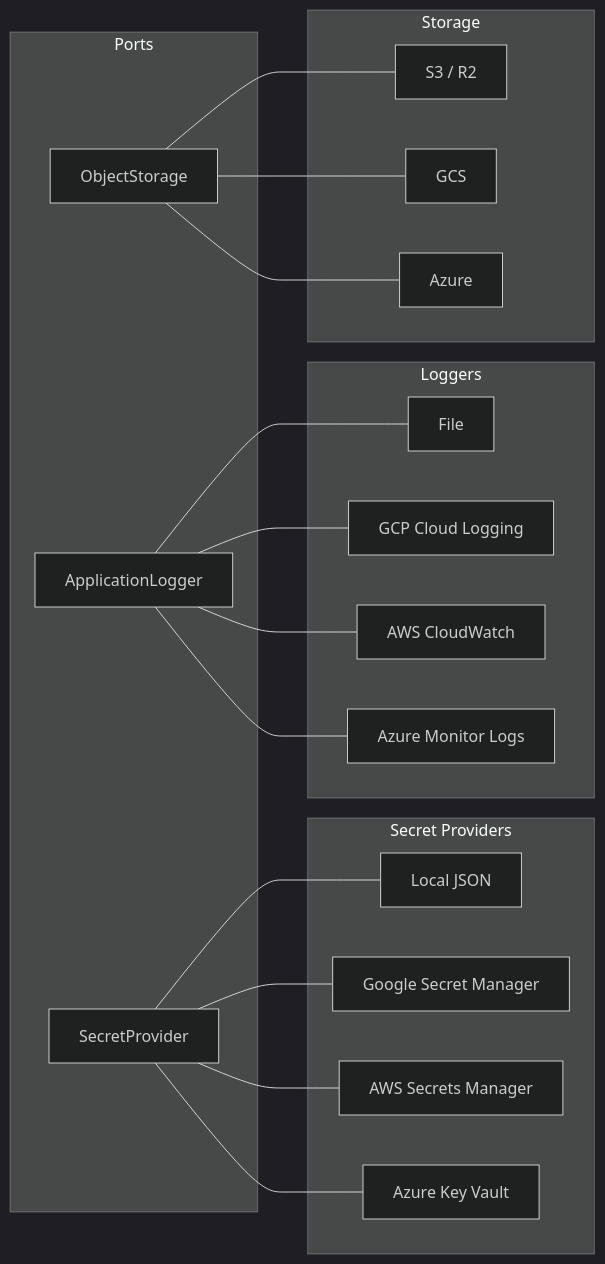
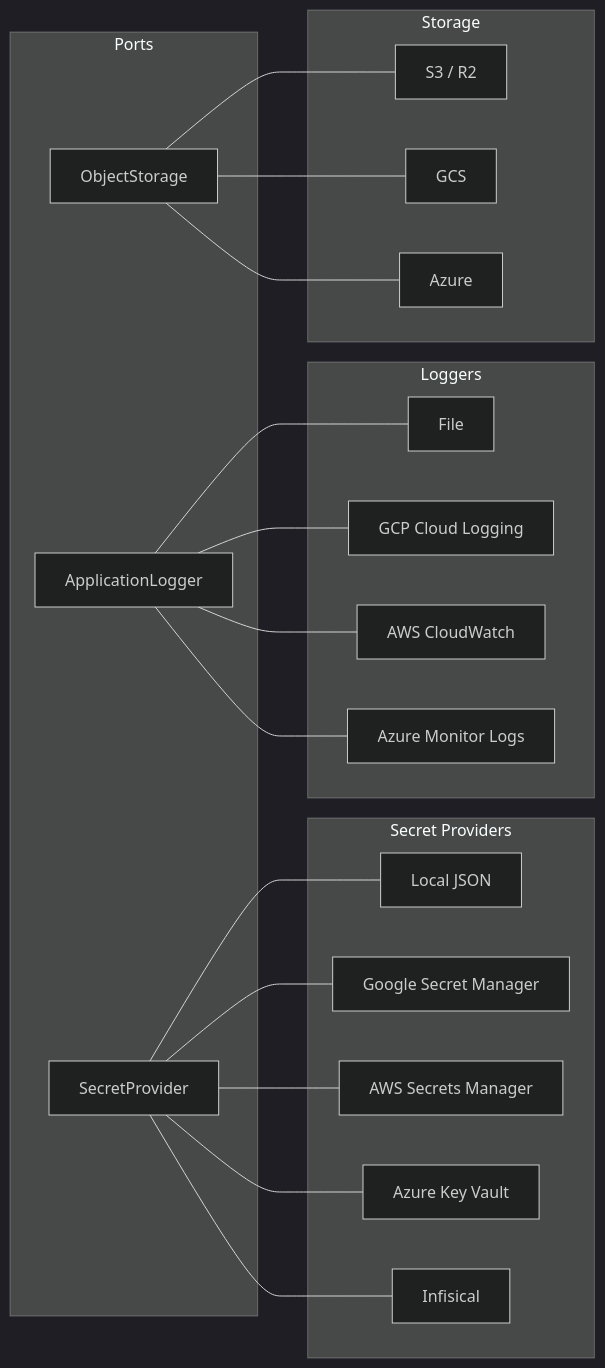
One commit to nauticana/keel changed the second of 12 diagrams in README.md. Above: the diagram before and after it, drawn with Mermaid (dark theme). The commit also changed other lines of this file and 7 other files, not shown here.

````diff
--- a/README.md
+++ b/README.md
@@ -1327,40 +1327,42 @@
 ```mermaid
 graph LR
     subgraph Ports
         SP[SecretProvider]
         LOG[ApplicationLogger]
         STORE[ObjectStorage]
     end
 
     subgraph "Secret Providers"
         SL[Local JSON]
         SG[Google Secret Manager]
         SA[AWS Secrets Manager]
         SAZ[Azure Key Vault]
+        SI[Infisical]
     end
 
     subgraph Loggers
         LF[File]
         LG[GCP Cloud Logging]
         LA[AWS CloudWatch]
         LAZ[Azure Monitor Logs]
     end
 
     subgraph Storage
         S3[S3 / R2]
         GCS
         Azure
     end
 
     SP --- SL
     SP --- SG
     SP --- SA
     SP --- SAZ
+    SP --- SI
     LOG --- LF
     LOG --- LG
     LOG --- LA
     LOG --- LAZ
     STORE --- S3
     STORE --- GCS
     STORE --- Azure
 ```
````
